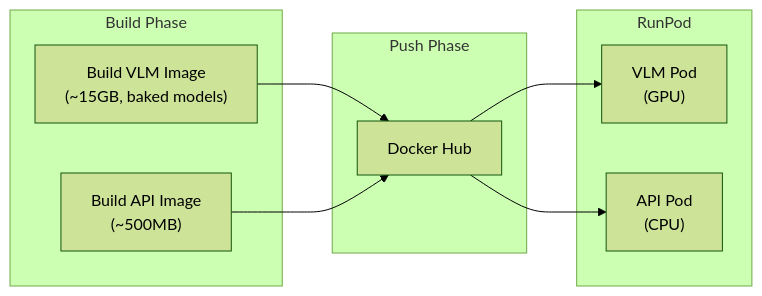
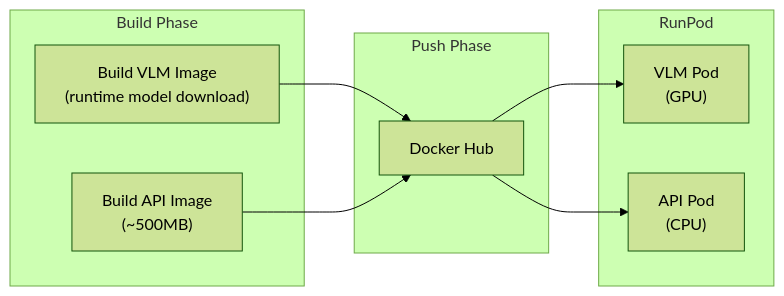
One commit to akosgintl/colpali-rag-app changed the second of 3 diagrams in docs/deployment.md. Above: the diagram before and after it, drawn with Mermaid (forest theme). The commit also changed other lines of this file and 10 other files, not shown here.

````diff
--- a/docs/deployment.md
+++ b/docs/deployment.md
@@ -185,21 +185,21 @@
 ```mermaid
 graph LR
     subgraph Build["Build Phase"]
-        BuildVLM["Build VLM Image\n(~15GB, baked models)"]
+        BuildVLM["Build VLM Image\n(runtime model download)"]
         BuildAPI["Build API Image\n(~500MB)"]
     end
 
     subgraph Push["Push Phase"]
         DH["Docker Hub"]
     end
 
     subgraph Deploy["RunPod"]
         VLM["VLM Pod\n(GPU)"]
         API["API Pod\n(CPU)"]
     end
 
     BuildVLM --> DH
     BuildAPI --> DH
     DH --> VLM
     DH --> API
 ```
````
